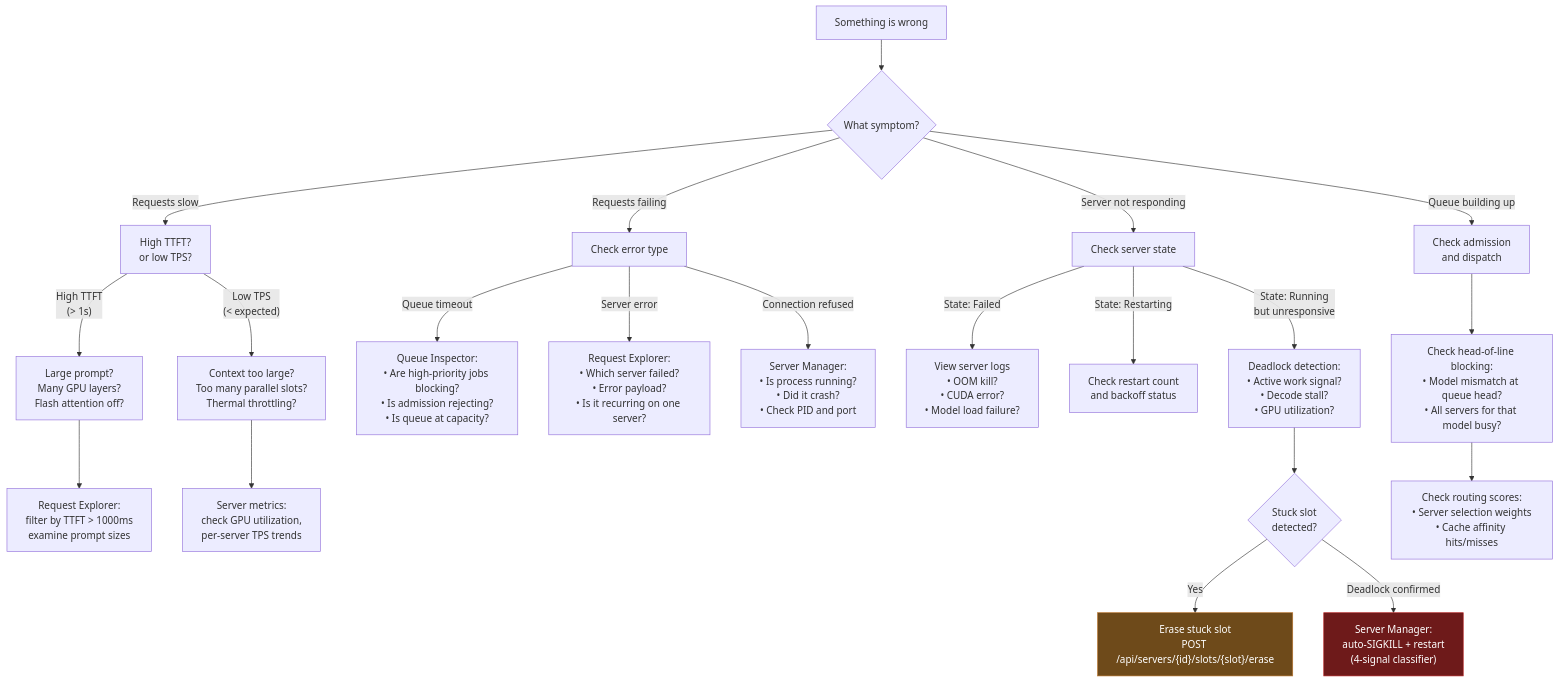
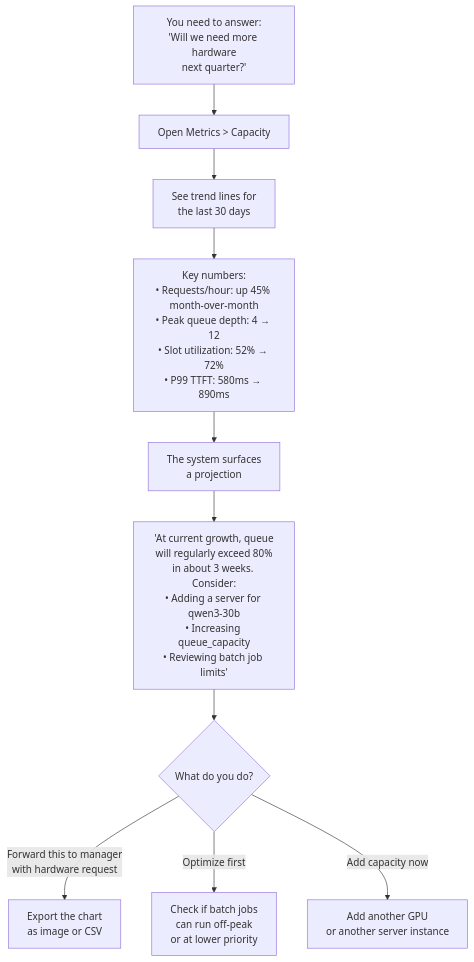
One commit to Doom325/llama-forge changed diagram 11 of 16 in docs/USER_JOURNEYS.md. Above: the diagram before and after it, drawn with Mermaid. The commit also changed other lines of this file, not shown here.

````diff
--- a/docs/USER_JOURNEYS.md
+++ b/docs/USER_JOURNEYS.md
@@ -733,33 +840,17 @@
 ```mermaid
 flowchart TD
-    A["Something is wrong"] --> B{"What symptom?"}
+    A["You need to answer:<br/>'Will we need more hardware<br/>next quarter?'"] --> B["Open Metrics > Capacity"]
 
-    B -->|"Requests slow"| C["High TTFT?<br/>or low TPS?"]
-    B -->|"Requests failing"| D["Check error type"]
-    B -->|"Server not responding"| E["Check server state"]
-    B -->|"Queue building up"| F["Check admission<br/>and dispatch"]
+    B --> C["See trend lines for<br/>the last 30 days"]
 
-    C -->|"High TTFT<br/>(> 1s)"| C1["Large prompt?<br/>Many GPU layers?<br/>Flash attention off?"]
-    C -->|"Low TPS<br/>(< expected)"| C2["Context too large?<br/>Too many parallel slots?<br/>Thermal throttling?"]
+    C --> D["Key numbers:<br/>• Requests/hour: up 45% month-over-month<br/>• Peak queue depth: 4 → 12<br/>• Slot utilization: 52% → 72%<br/>• P99 TTFT: 580ms → 890ms"]
 
-    C1 --> C3["Request Explorer:<br/>filter by TTFT > 1000ms<br/>examine prompt sizes"]
-    C2 --> C4["Server metrics:<br/>check GPU utilization,<br/>per-server TPS trends"]
+    D --> E["The system surfaces<br/>a projection"]
 
-    D -->|"Queue timeout"| D1["Queue Inspector:<br/>• Are high-priority jobs blocking?<br/>• Is admission rejecting?<br/>• Is queue at capacity?"]
-    D -->|"Server error"| D2["Request Explorer:<br/>• Which server failed?<br/>• Error payload?<br/>• Is it recurring on one server?"]
-    D -->|"Connection refused"| D3["Server Manager:<br/>• Is process running?<br/>• Did it crash?<br/>• Check PID and port"]
+    E --> F["'At current growth, queue<br/>will regularly exceed 80%<br/>in about 3 weeks. Consider:<br/>• Adding a server for qwen3-30b<br/>• Increasing queue_capacity<br/>• Reviewing batch job limits'"]
 
-    E -->|"State: Failed"| E1["View server logs<br/>• OOM kill?<br/>• CUDA error?<br/>• Model load failure?"]
-    E -->|"State: Restarting"| E2["Check restart count<br/>and backoff status"]
-    E -->|"State: Running<br/>but unresponsive"| E3["Deadlock detection:<br/>• Active work signal?<br/>• Decode stall?<br/>• GPU utilization?"]
-
-    E3 --> E4{"Stuck slot<br/>detected?"}
-    E4 -->|"Yes"| E5["Erase stuck slot<br/>POST /api/servers/{id}/slots/{slot}/erase"]
-    E4 -->|"Deadlock confirmed"| E6["Server Manager:<br/>auto-SIGKILL + restart<br/>(4-signal classifier)"]
-
-    F --> F1["Check head-of-line blocking:<br/>• Model mismatch at queue head?<br/>• All servers for that model busy?"]
-    F1 --> F2["Check routing scores:<br/>• Server selection weights<br/>• Cache affinity hits/misses"]
-
-    style E5 fill:#6e4a1a,stroke:#b97329,color:#fff
-    style E6 fill:#6e1a1a,stroke:#b92929,color:#fff
+    F --> G{"What do you do?"}
+    G -->|"Forward this to manager<br/>with hardware request"| H["Export the chart<br/>as image or CSV"]
+    G -->|"Optimize first"| I["Check if batch jobs<br/>can run off-peak<br/>or at lower priority"]
+    G -->|"Add capacity now"| J["Add another GPU<br/>or another server instance"]
 ```
````
